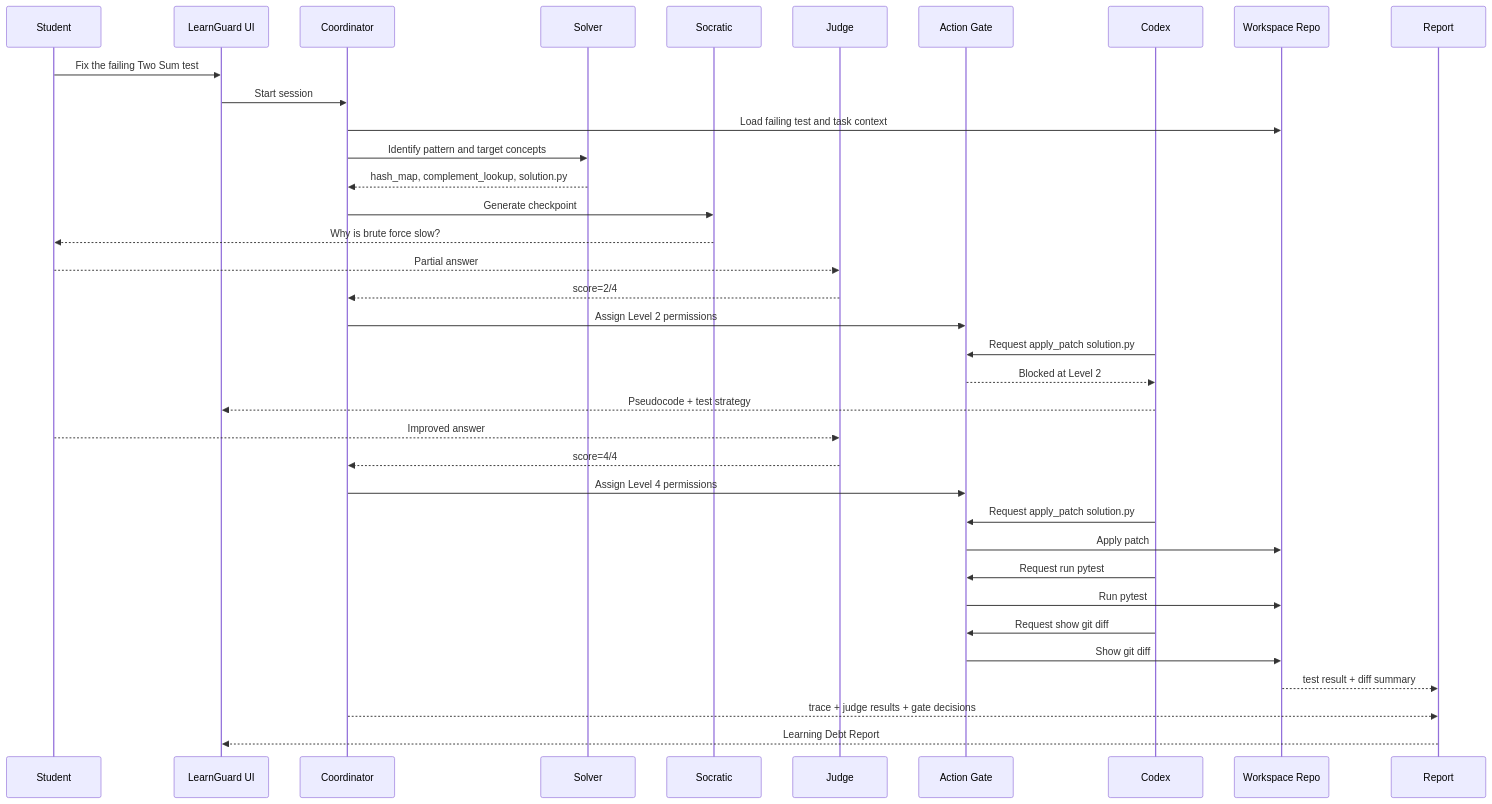
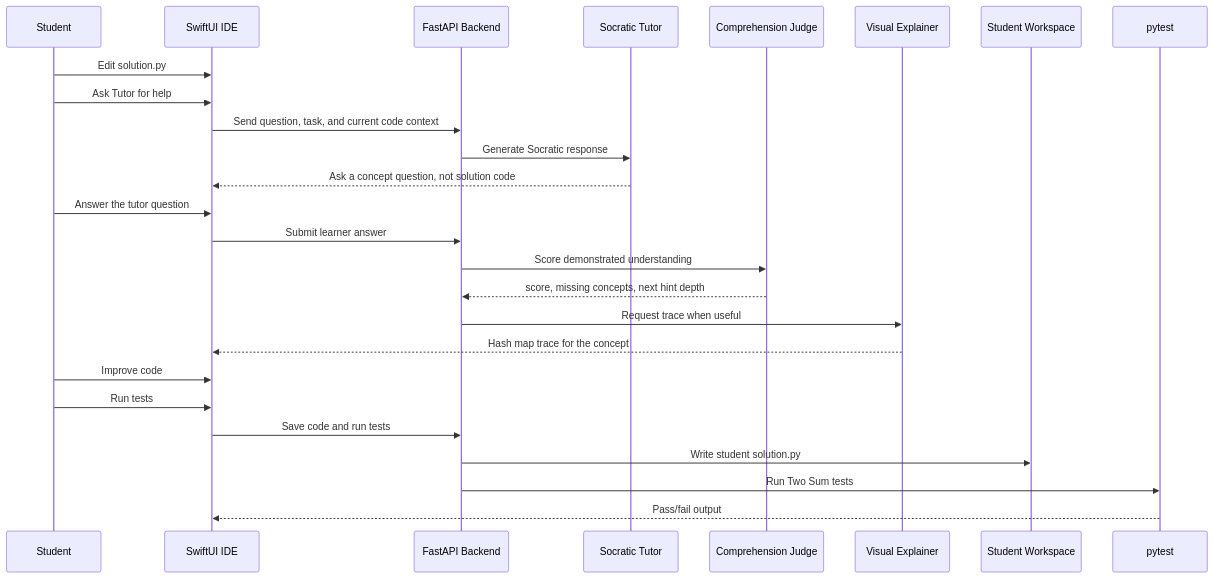
Before and after one commit to minchiaHuang/LearnGuard: the second of 3 diagrams in ARCHITECTURE.md, drawn with Mermaid. The commit also changed other lines of this file and 22 other files, not shown here.

````diff
--- a/ARCHITECTURE.md
+++ b/ARCHITECTURE.md
@@ -38,39 +48,29 @@
 ```mermaid
 sequenceDiagram
     participant Student
-    participant UI as LearnGuard UI
-    participant Coordinator
-    participant Solver
-    participant Socratic
-    participant Judge
-    participant Gate as Action Gate
-    participant Codex
-    participant Repo as Workspace Repo
-    participant Report
+    participant App as SwiftUI IDE
+    participant API as FastAPI Backend
+    participant Tutor as Socratic Tutor
+    participant Judge as Comprehension Judge
+    participant Visual as Visual Explainer
+    participant Repo as Student Workspace
+    participant Tests as pytest
 
-    Student->>UI: Fix the failing Two Sum test
-    UI->>Coordinator: Start session
-    Coordinator->>Repo: Load failing test and task context
-    Coordinator->>Solver: Identify pattern and target concepts
-    Solver-->>Coordinator: hash_map, complement_lookup, solution.py
-    Coordinator->>Socratic: Generate checkpoint
-    Socratic-->>Student: Why is brute force slow?
-    Student-->>Judge: Partial answer
-    Judge-->>Coordinator: score=2/4
-    Coordinator->>Gate: Assign Level 2 permissions
-    Codex->>Gate: Request apply_patch solution.py
-    Gate-->>Codex: Blocked at Level 2
-    Codex-->>UI: Pseudocode + test strategy
-    Student-->>Judge: Improved answer
-    Judge-->>Coordinator: score=4/4
-    Coordinator->>Gate: Assign Level 4 permissions
-    Codex->>Gate: Request apply_patch solution.py
-    Gate->>Repo: Apply patch
-    Codex->>Gate: Request run pytest
-    Gate->>Repo: Run pytest
-    Codex->>Gate: Request show git diff
-    Gate->>Repo: Show git diff
-    Repo-->>Report: test result + diff summary
-    Coordinator-->>Report: trace + judge results + gate decisions
-    Report-->>UI: Learning Debt Report
+    Student->>App: Edit solution.py
+    Student->>App: Ask Tutor for help
+    App->>API: Send question, task, and current code context
+    API->>Tutor: Generate Socratic response
+    Tutor-->>App: Ask a concept question, not solution code
+    Student->>App: Answer the tutor question
+    App->>API: Submit learner answer
+    API->>Judge: Score demonstrated understanding
+    Judge-->>API: score, missing concepts, next hint depth
+    API->>Visual: Request trace when useful
+    Visual-->>App: Hash map trace for the concept
+    Student->>App: Improve code
+    Student->>App: Run tests
+    App->>API: Save code and run tests
+    API->>Repo: Write student solution.py
+    API->>Tests: Run Two Sum tests
+    Tests-->>App: Pass/fail output
 ```
````
